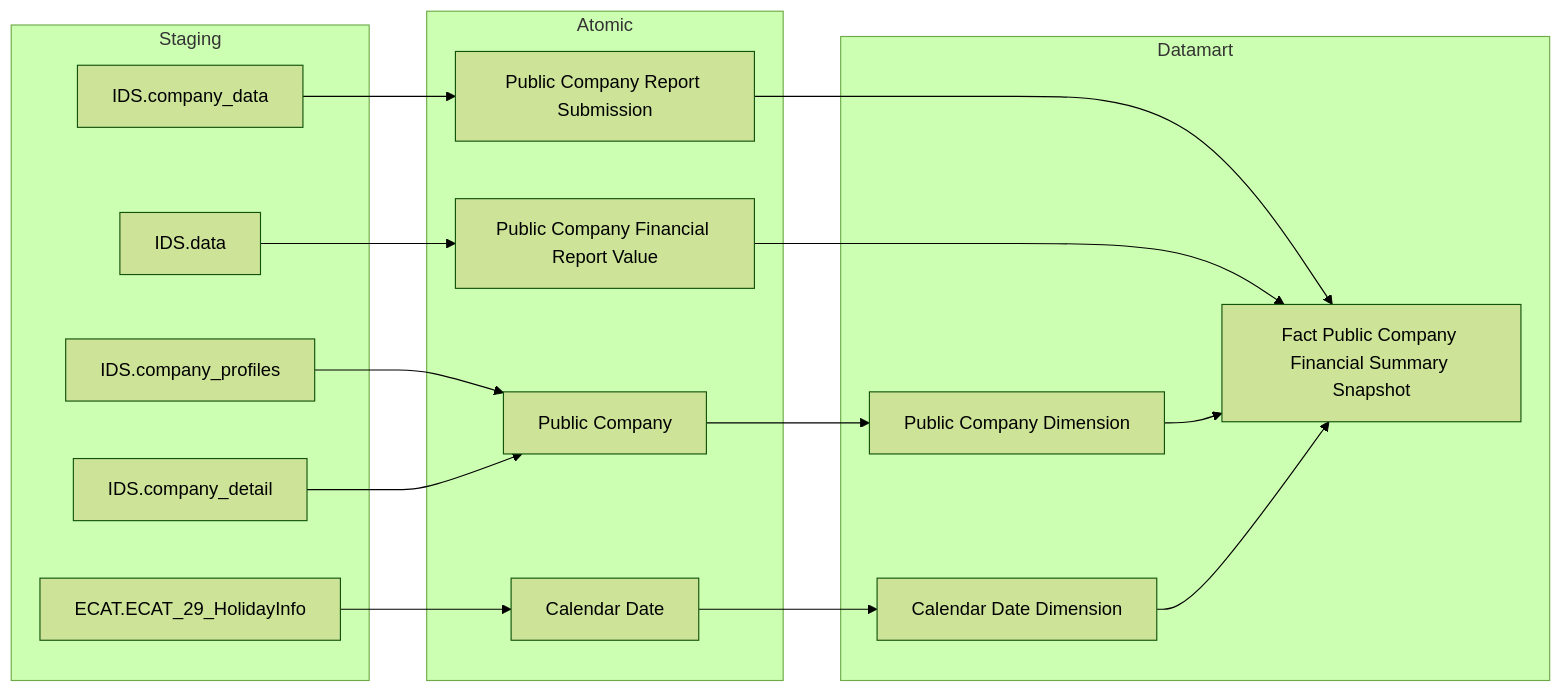
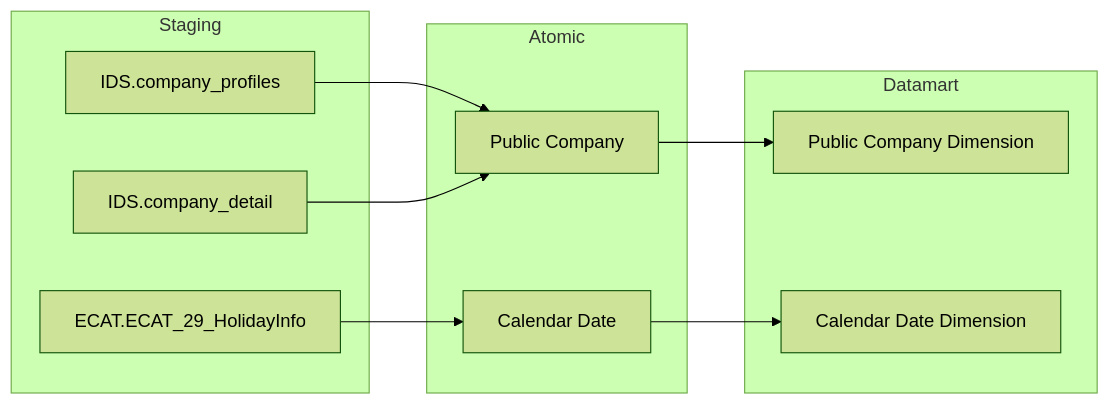
One commit to linhlvit/ubck_atomic_design changed the seventh of 21 diagrams in Datamart/hld/DTM_GSDC_HLD.md. Above: the diagram before and after it, drawn with Mermaid (forest theme). The commit also changed other lines of this file and 19 other files, not shown here.

````diff
--- a/Datamart/hld/DTM_GSDC_HLD.md
+++ b/Datamart/hld/DTM_GSDC_HLD.md
@@ -218,32 +218,21 @@
 ```mermaid
 flowchart LR
     subgraph SRC["Staging"]
         IDS_company_profiles["IDS.company_profiles"]
         IDS_company_detail["IDS.company_detail"]
-        IDS_company_data["IDS.company_data"]
-        IDS_data["IDS.data"]
         ECAT_ECAT_29_HolidayInfo["ECAT.ECAT_29_HolidayInfo"]
     end
     subgraph SIL["Atomic"]
         Public_Company["Public Company"]
-        Public_Company_Report_Submission["Public Company Report Submission"]
-        Public_Company_Financial_Report_Value["Public Company Financial Report Value"]
         Calendar_Date["Calendar Date"]
     end
     subgraph GOLD["Datamart"]
-        fct_public_company_financial_summary_snpst["Fact Public Company Financial Summary Snapshot"]
         public_company_dim["Public Company Dimension"]
         cdr_dt_dim["Calendar Date Dimension"]
     end
     IDS_company_profiles --> Public_Company
     IDS_company_detail --> Public_Company
-    IDS_company_data --> Public_Company_Report_Submission
-    IDS_data --> Public_Company_Financial_Report_Value
     ECAT_ECAT_29_HolidayInfo --> Calendar_Date
     Public_Company --> public_company_dim
-    Public_Company_Report_Submission --> fct_public_company_financial_summary_snpst
-    Public_Company_Financial_Report_Value --> fct_public_company_financial_summary_snpst
     Calendar_Date --> cdr_dt_dim
-    public_company_dim --> fct_public_company_financial_summary_snpst
-    cdr_dt_dim --> fct_public_company_financial_summary_snpst
 ```
````
